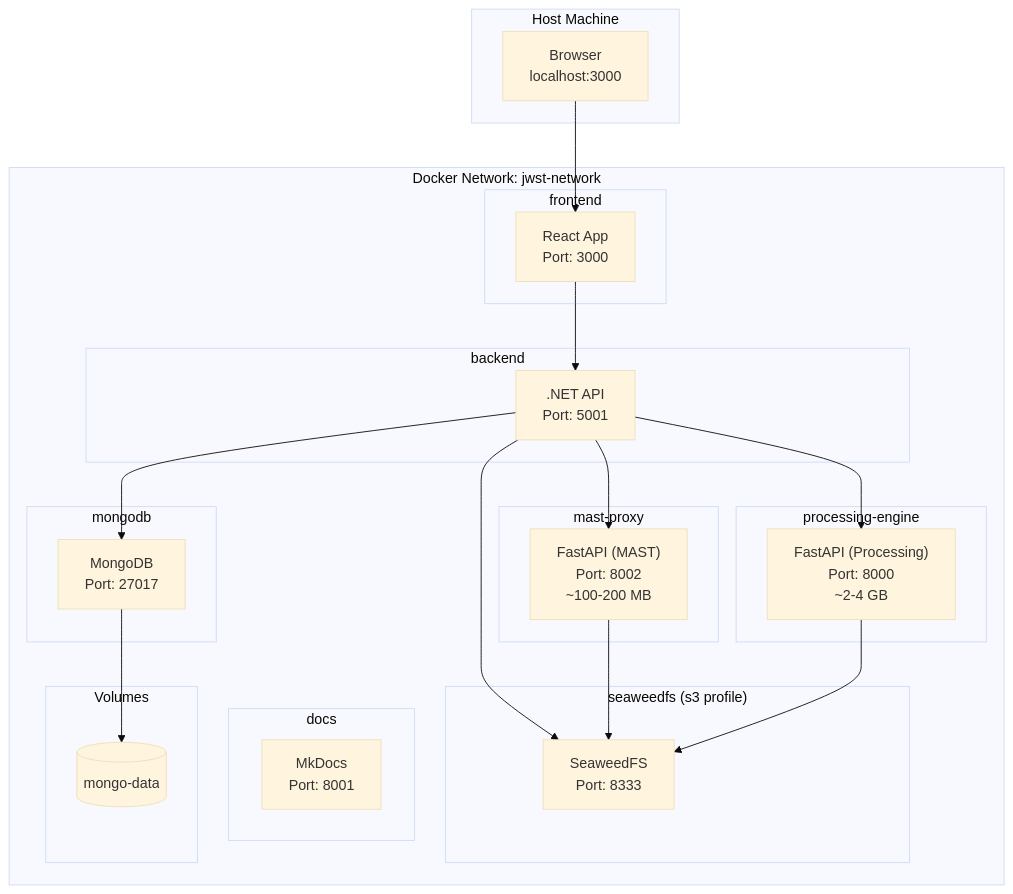
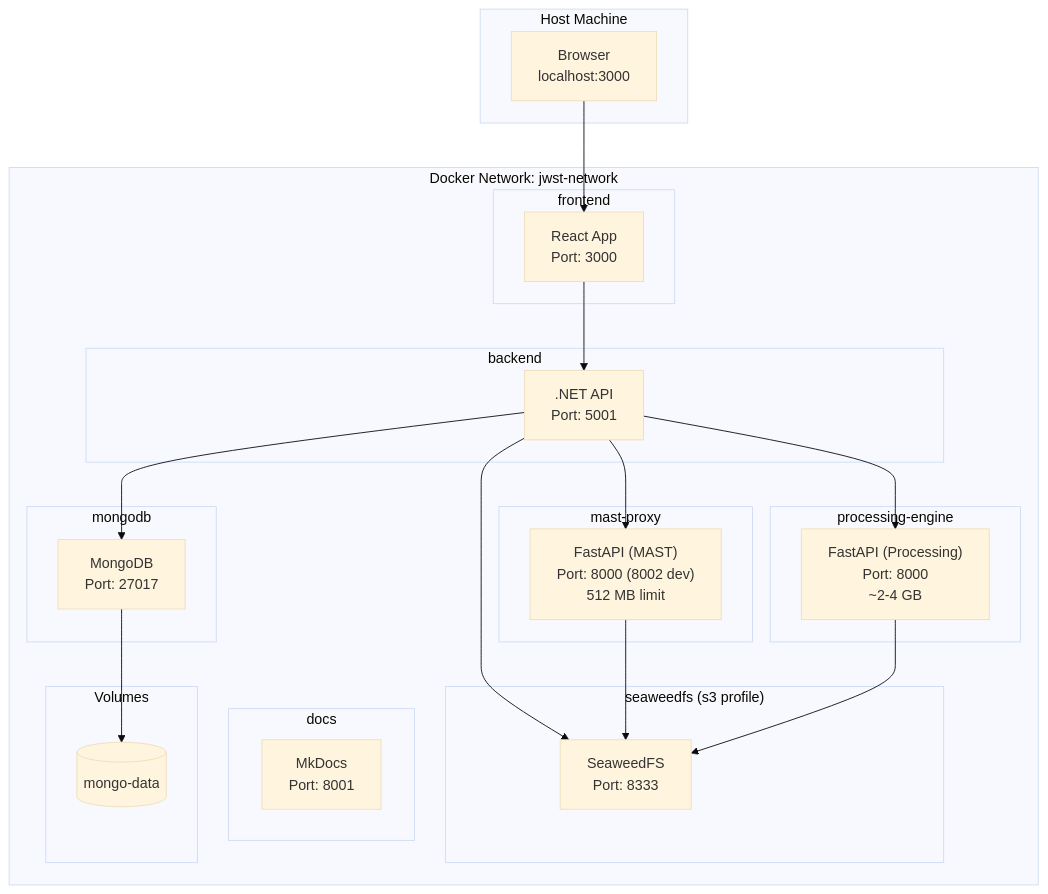
The diagram in docs/architecture/docker-compose.md (Snoww3d/jwst-data-analysis), drawn with Mermaid (base theme) before and after one commit. The commit also changed 9 other files, not shown here.

````diff
--- a/docs/architecture/docker-compose.md
+++ b/docs/architecture/docker-compose.md
@@ -5,50 +5,50 @@
 ```mermaid
 flowchart TB
     subgraph DockerNetwork["Docker Network: jwst-network"]
         subgraph Frontend["frontend"]
             ReactContainer["React App\nPort: 3000"]
         end
 
         subgraph Backend["backend"]
             DotNetContainer[".NET API\nPort: 5001"]
         end
 
         subgraph MastProxy["mast-proxy"]
-            MastContainer["FastAPI (MAST)\nPort: 8002\n~100-200 MB"]
+            MastContainer["FastAPI (MAST)\nPort: 8000 (8002 dev)\n512 MB limit"]
         end
 
         subgraph Processing["processing-engine"]
             PythonContainer["FastAPI (Processing)\nPort: 8000\n~2-4 GB"]
         end
 
         subgraph Database["mongodb"]
             MongoContainer["MongoDB\nPort: 27017"]
         end
 
         subgraph Docs["docs"]
             DocsContainer["MkDocs\nPort: 8001"]
         end
 
         subgraph S3Dev["seaweedfs (s3 profile)"]
             SeaweedFS["SeaweedFS\nPort: 8333"]
         end
 
         subgraph Volumes["Volumes"]
             MongoData[("mongo-data")]
         end
     end
 
     subgraph Host["Host Machine"]
         Browser["Browser\nlocalhost:3000"]
     end
 
     Browser --> ReactContainer
     ReactContainer --> DotNetContainer
     DotNetContainer --> MastContainer
     DotNetContainer --> PythonContainer
     DotNetContainer --> MongoContainer
     DotNetContainer --> SeaweedFS
     MastContainer --> SeaweedFS
     PythonContainer --> SeaweedFS
     MongoContainer --> MongoData
 ```
````
